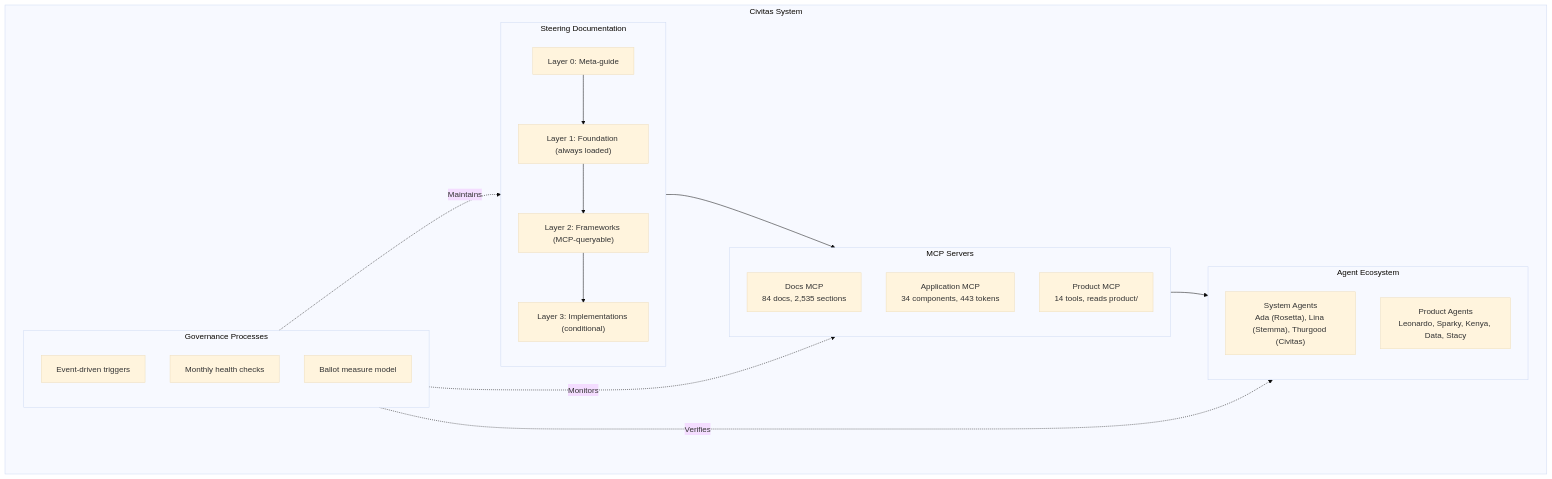
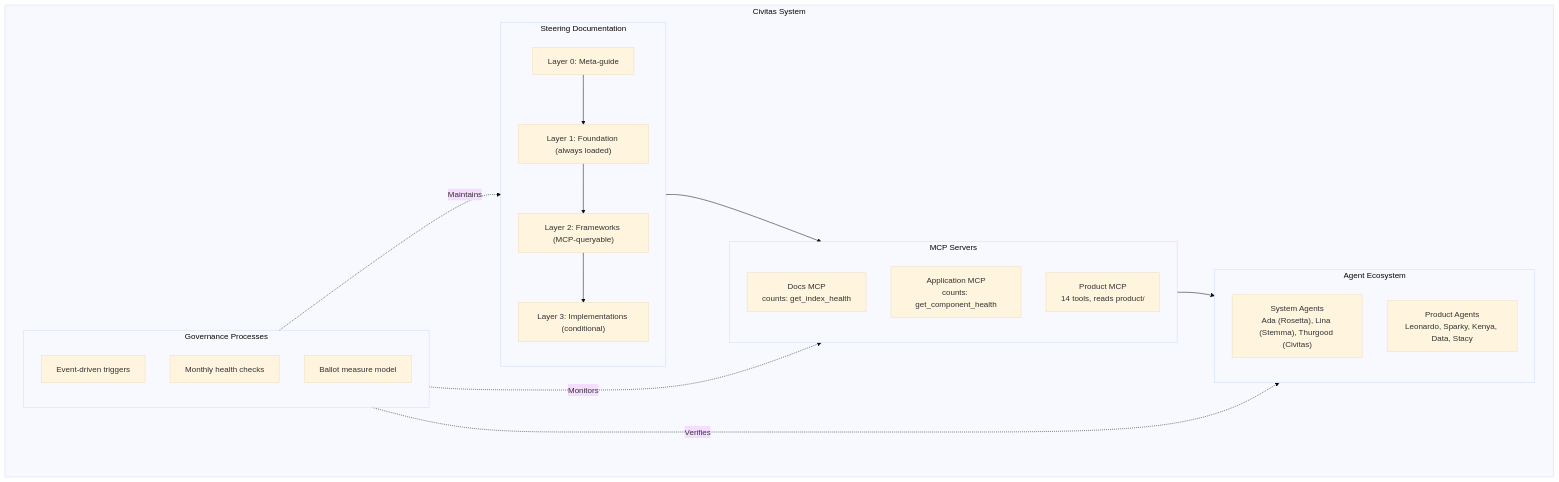
One commit to 3fn/DesignerPunk changed the fourth of 6 diagrams in .kiro/steering/DesignerPunk-Systems-Overview.md. Above: the diagram before and after it, drawn with Mermaid (base theme). The commit also changed other lines of this file and 14 other files, not shown here.

````diff
--- a/.kiro/steering/DesignerPunk-Systems-Overview.md
+++ b/.kiro/steering/DesignerPunk-Systems-Overview.md
@@ -166,35 +166,35 @@
 ```mermaid
 flowchart TB
     subgraph Civitas["Civitas System"]
         subgraph Docs["Steering Documentation"]
             L0["Layer 0: Meta-guide"]
             L1["Layer 1: Foundation (always loaded)"]
             L2["Layer 2: Frameworks (MCP-queryable)"]
             L3["Layer 3: Implementations (conditional)"]
             L0 --> L1 --> L2 --> L3
         end
 
         subgraph MCPs["MCP Servers"]
-            DocsMCP["Docs MCP<br/>84 docs, 2,535 sections"]
-            AppMCP["Application MCP<br/>34 components, 443 tokens"]
+            DocsMCP["Docs MCP<br/>counts: get_index_health"]
+            AppMCP["Application MCP<br/>counts: get_component_health"]
             ProdMCP["Product MCP<br/>14 tools, reads product/"]
         end
 
         subgraph Agents["Agent Ecosystem"]
             Sys["System Agents<br/>Ada (Rosetta), Lina (Stemma), Thurgood (Civitas)"]
             Prod["Product Agents<br/>Leonardo, Sparky, Kenya, Data, Stacy"]
         end
 
         subgraph Governance["Governance Processes"]
             Triggers["Event-driven triggers"]
             Cadence["Monthly health checks"]
             Ballot["Ballot measure model"]
         end
     end
 
     Docs --> MCPs
     MCPs --> Agents
     Governance -.->|"Maintains"| Docs
     Governance -.->|"Monitors"| MCPs
     Governance -.->|"Verifies"| Agents
 ```
````
